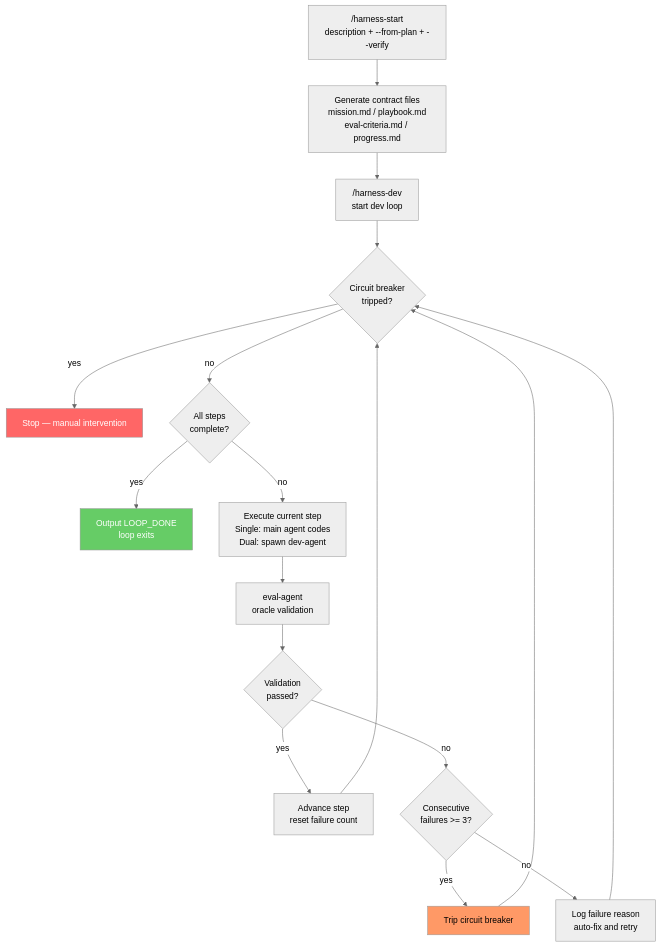
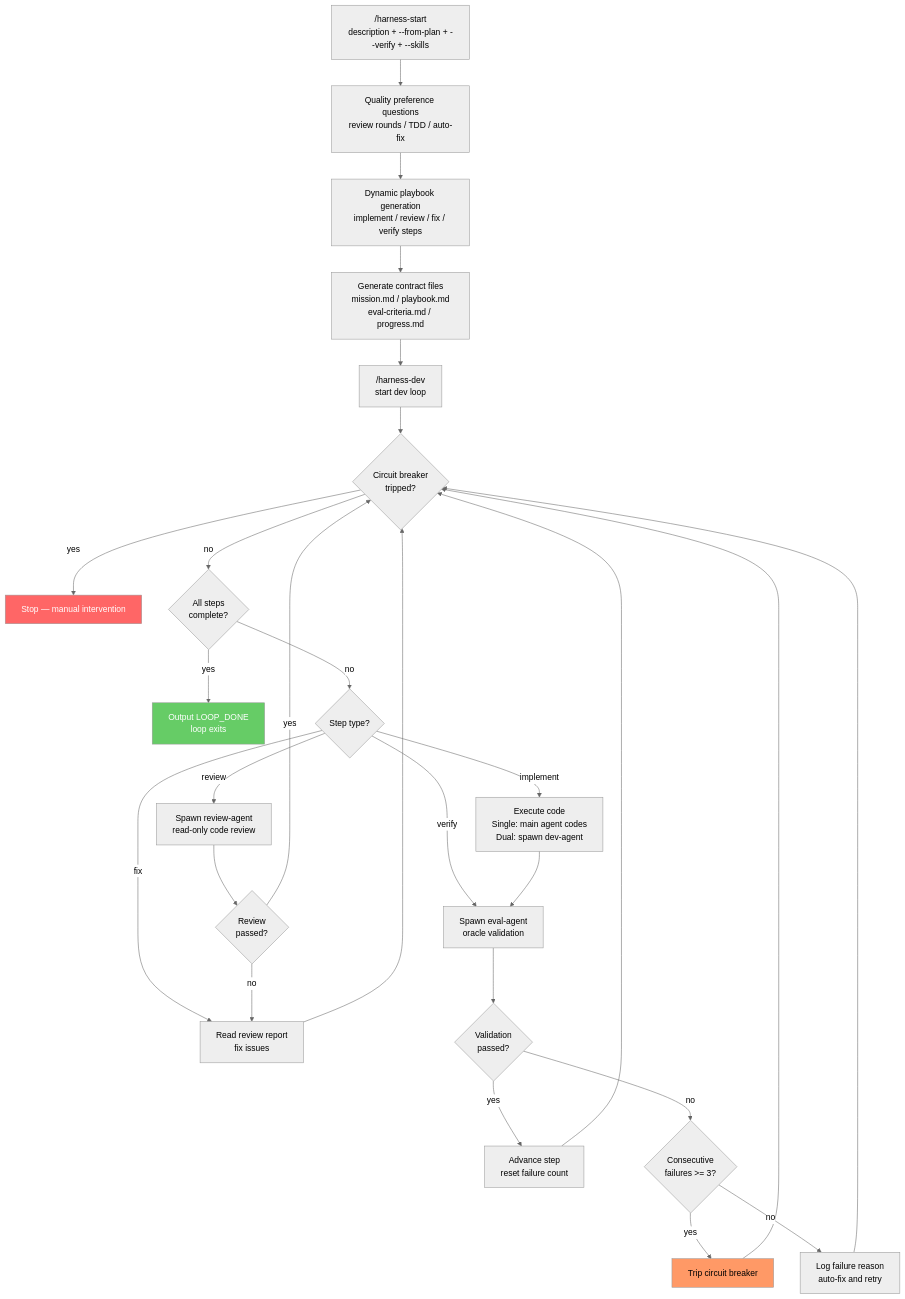
The diagram in README.en.md (Luck9Star/OpenHarness-For-ClaudeCode), drawn with Mermaid (neutral theme) before and after one commit. The commit also changed other lines of this file and 9 other files, not shown here.

First line of the commit message:
feat: dynamic workflow generation, review agent, skill injection

````diff
--- a/README.en.md
+++ b/README.en.md
@@ -174,23 +213,33 @@
 ```mermaid
 flowchart TD
-    A["/harness-start<br/>description + --from-plan + --verify"] --> B["Generate contract files<br/>mission.md / playbook.md<br/>eval-criteria.md / progress.md"]
-    B --> C["/harness-dev<br/>start dev loop"]
-    C --> D{"Circuit breaker<br/>tripped?"}
-    D -- yes --> STOP["Stop — manual intervention"]
-    D -- no --> E{"All steps<br/>complete?"}
-    E -- yes --> F["Output LOOP_DONE<br/>loop exits"]
-    E -- no --> G["Execute current step<br/>Single: main agent codes<br/>Dual: spawn dev-agent"]
-    G --> H["eval-agent<br/>oracle validation"]
-    H --> I{"Validation<br/>passed?"}
-    I -- yes --> J["Advance step<br/>reset failure count"]
-    I -- no --> K{"Consecutive<br/>failures >= 3?"}
-    K -- yes --> L["Trip circuit breaker"]
-    L --> D
-    K -- no --> M["Log failure reason<br/>auto-fix and retry"]
-    M --> D
-    J --> D
+    A["/harness-start<br/>description + --from-plan + --verify + --skills"] --> B["Quality preference questions<br/>review rounds / TDD / auto-fix"]
+    B --> C["Dynamic playbook generation<br/>implement / review / fix / verify steps"]
+    C --> D["Generate contract files<br/>mission.md / playbook.md<br/>eval-criteria.md / progress.md"]
+    D --> E["/harness-dev<br/>start dev loop"]
+    E --> F{"Circuit breaker<br/>tripped?"}
+    F -- yes --> STOP["Stop — manual intervention"]
+    F -- no --> G{"All steps<br/>complete?"}
+    G -- yes --> H["Output LOOP_DONE<br/>loop exits"]
+    G -- no --> H2{"Step type?"}
+    H2 -- implement --> I["Execute code<br/>Single: main agent codes<br/>Dual: spawn dev-agent"]
+    H2 -- review --> J["Spawn review-agent<br/>read-only code review"]
+    H2 -- fix --> K["Read review report<br/>fix issues"]
+    H2 -- verify --> L["Spawn eval-agent<br/>oracle validation"]
+    I --> L
+    J --> M{"Review<br/>passed?"}
+    M -- yes --> F
+    M -- no --> K
+    K --> F
+    L --> N{"Validation<br/>passed?"}
+    N -- yes --> O["Advance step<br/>reset failure count"]
+    N -- no --> P{"Consecutive<br/>failures >= 3?"}
+    P -- yes --> Q["Trip circuit breaker"]
+    Q --> F
+    P -- no --> R["Log failure reason<br/>auto-fix and retry"]
+    R --> F
+    O --> F
 
     style STOP fill:#f66,color:#fff
-    style F fill:#6c6,color:#fff
-    style L fill:#f96,color:#000
+    style H fill:#6c6,color:#fff
+    style Q fill:#f96,color:#000
 ```
````
